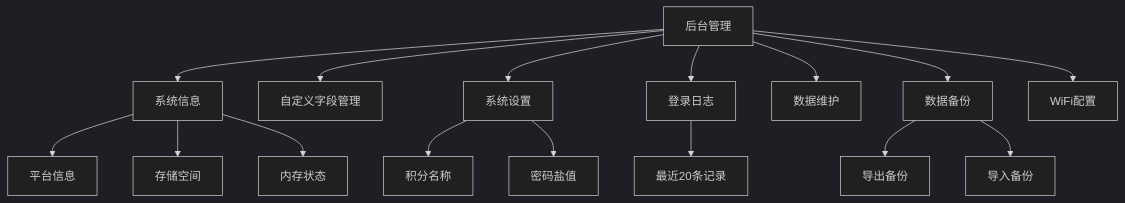
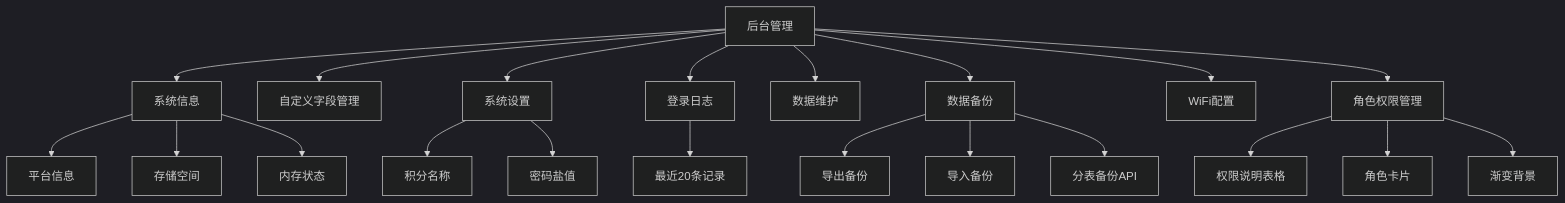
One commit to qq20739111/weilushishe-lishitai changed the seventh of 13 diagrams in .qoder/repowiki/zh/content/Web界面/Web界面.md. Above: the diagram before and after it, drawn with Mermaid (dark theme). The commit also changed other lines of this file and 23 other files, not shown here.

````diff
--- a/.qoder/repowiki/zh/content/Web界面/Web界面.md
+++ b/.qoder/repowiki/zh/content/Web界面/Web界面.md
@@ -337,18 +367,23 @@
 ```mermaid
 flowchart TD
 Admin["后台管理"] --> SysInfo["系统信息"]
 Admin --> CustomFields["自定义字段管理"]
 Admin --> SystemSettings["系统设置"]
 Admin --> LoginLogs["登录日志"]
 Admin --> DataMaintenance["数据维护"]
 Admin --> Backup["数据备份"]
 Admin --> WiFiConfig["WiFi配置"]
+Admin --> RolePermissions["角色权限管理"]
 SysInfo --> Platform["平台信息"]
 SysInfo --> Storage["存储空间"]
 SysInfo --> Memory["内存状态"]
 SystemSettings --> PointsName["积分名称"]
 SystemSettings --> PasswordSalt["密码盐值"]
 LoginLogs --> RecentLogs["最近20条记录"]
+RolePermissions --> PermissionGrid["权限说明表格"]
+RolePermissions --> RoleCards["角色卡片"]
+RolePermissions --> GradientBackground["渐变背景"]
 Backup --> Export["导出备份"]
 Backup --> Import["导入备份"]
+Backup --> TableAPI["分表备份API"]
 ```
````
